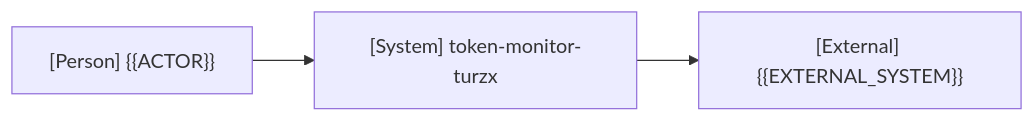
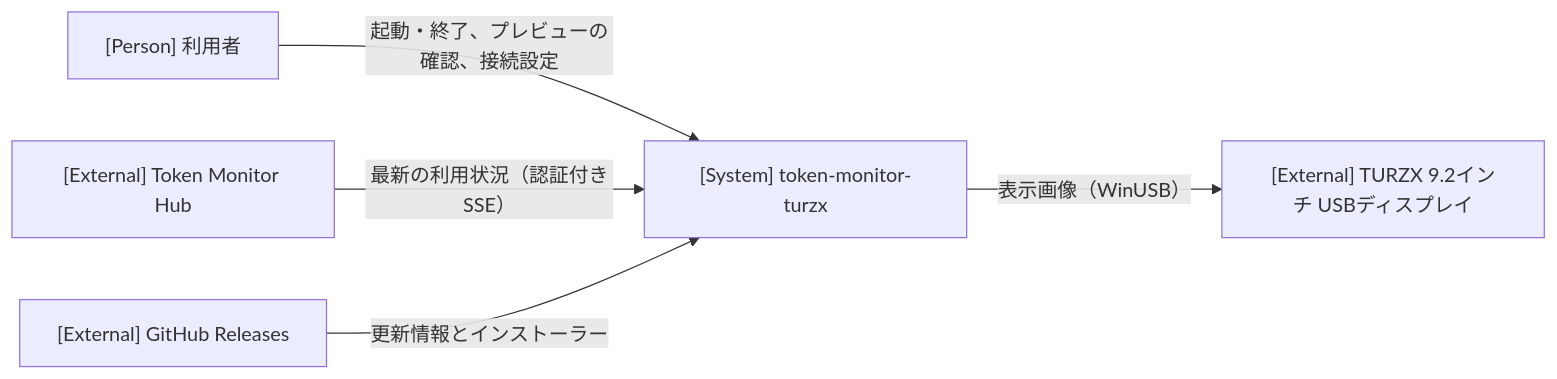
The diagram in docs/architecture.md (nuitsjp/token-dashboard), drawn with Mermaid before and after one commit. The commit also changed other lines of this file and 1 other file, not shown here.

First line of the commit message:
全体設計を記述し、表示先の TURZX を選べる範囲に広げる

````diff
--- a/docs/architecture.md
+++ b/docs/architecture.md
@@ -9,7 +7,12 @@
 ```mermaid
 flowchart LR
-  user["[Person] {{ACTOR}}"]
+  user["[Person] 利用者"]
   system["[System] token-monitor-turzx"]
-  external["[External] {{EXTERNAL_SYSTEM}}"]
-  user --> system --> external
+  hub["[External] Token Monitor Hub"]
+  turzx["[External] TURZX 9.2インチ USBディスプレイ"]
+  releases["[External] GitHub Releases"]
+  user -->|"起動・終了、プレビューの確認、接続設定"| system
+  hub -->|"最新の利用状況（認証付きSSE）"| system
+  system -->|"表示画像（WinUSB）"| turzx
+  releases -->|"更新情報とインストーラー"| system
 ```
````
